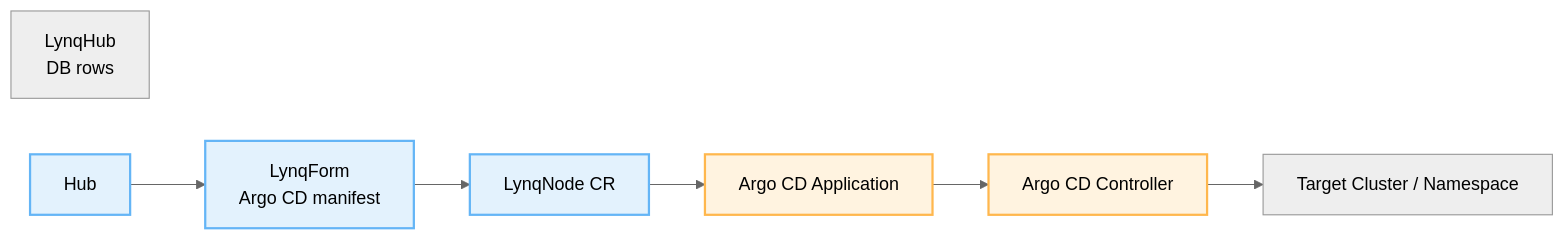
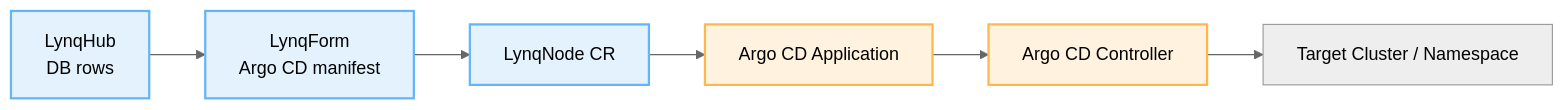
Before and after one commit to k8s-lynq/lynq: the first of 3 diagrams in docs/integration-argocd.md, drawn with Mermaid (neutral theme). The commit also changed other lines of this file and 40 other files, not shown here.

````diff
--- a/docs/integration-argocd.md
+++ b/docs/integration-argocd.md
@@ -15,16 +15,16 @@
 ```mermaid
 flowchart LR
-    Registry["LynqHub<br/>DB rows"]
+    Hub["LynqHub<br/>DB rows"]
     Template["LynqForm<br/>Argo CD manifest"]
     Node["LynqNode CR"]
     ArgoApp["Argo CD Application"]
     ArgoCD["Argo CD Controller"]
     Targets["Target Cluster / Namespace"]
 
     Hub --> Template --> Node --> ArgoApp --> ArgoCD --> Targets
 
     classDef control fill:#e3f2fd,stroke:#64b5f6,stroke-width:2px;
     classDef argocd fill:#fff3e0,stroke:#ffb74d,stroke-width:2px;
     class Hub,Template,Node control;
     class ArgoApp,ArgoCD argocd;
 ```
````
